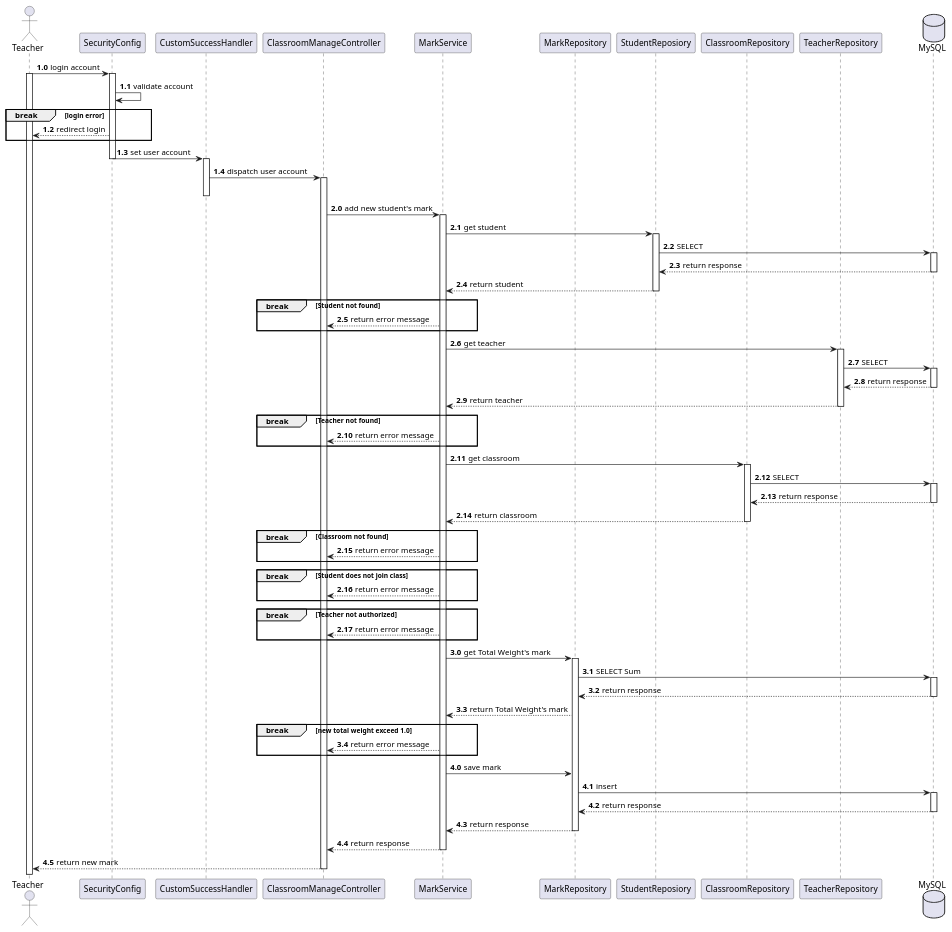
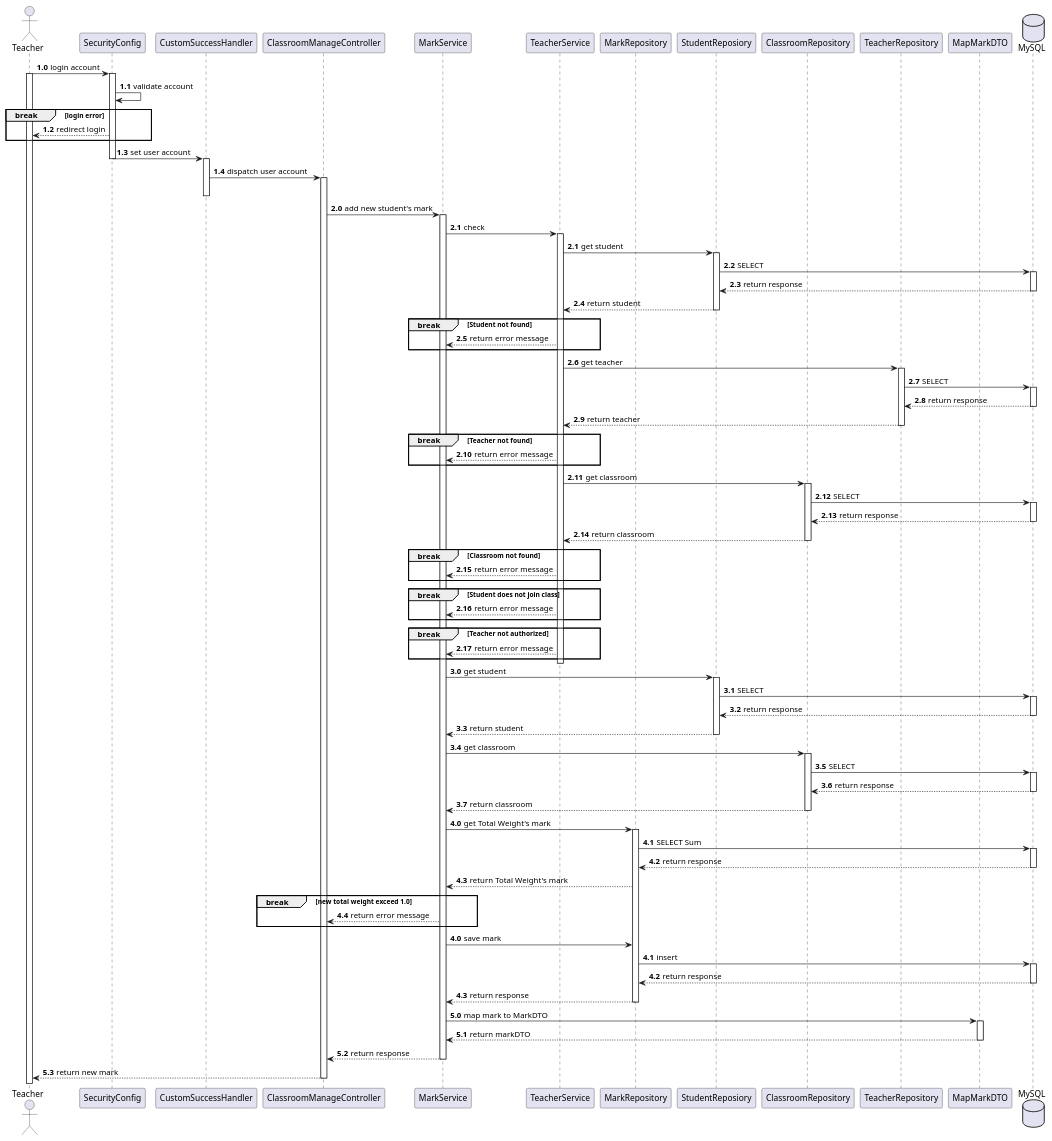
The diagram in uml/teacher/addMarkbyClassandStudent.puml (kientthe163256/student-management-fa22), drawn with PlantUML before and after one commit. The commit also changed 13 other files, not shown here.

Commit message:
getMarks + edit UML

```diff
--- a/uml/teacher/addMarkbyClassandStudent.puml
+++ b/uml/teacher/addMarkbyClassandStudent.puml
@@ -1,99 +1,130 @@
 @startuml
 Actor Teacher
 participant SecurityConfig
 participant CustomSuccessHandler
 participant ClassroomManageController
 participant MarkService
+participant TeacherService
 participant MarkRepository
 participant StudentReposiory
 participant ClassroomRepository
 participant TeacherRepository
+participant MapMarkDTO
 database MySQL
 
 autonumber 1.0
 Teacher -> SecurityConfig: login account
 
 activate Teacher
 activate SecurityConfig
 autonumber 1.1
 SecurityConfig -> SecurityConfig: validate account
 break login error
 SecurityConfig --> Teacher: redirect login
 end
 SecurityConfig -> CustomSuccessHandler: set user account
 deactivate SecurityConfig
 activate CustomSuccessHandler
 CustomSuccessHandler -> ClassroomManageController: dispatch user account
 activate ClassroomManageController
 deactivate CustomSuccessHandler
 
 autonumber 2.0
 ClassroomManageController -> MarkService: add new student's mark
 activate MarkService
+MarkService -> TeacherService: check
+activate TeacherService
 autonumber 2.1
 
-    MarkService ->StudentReposiory: get student
+    TeacherService ->StudentReposiory: get student
+                 activate StudentReposiory
+                 StudentReposiory -> MySQL: SELECT
+                 activate MySQL
+                 MySQL --> StudentReposiory: return response
+                 deactivate MySQL
+                 StudentReposiory --> TeacherService: return student
+                 deactivate StudentReposiory
+                 break Student not found
+                 TeacherService --> MarkService: return error message
+                 end
+                 TeacherService ->TeacherRepository: get teacher
+                         activate TeacherRepository
+                         TeacherRepository -> MySQL: SELECT
+                         activate MySQL
+                         MySQL --> TeacherRepository: return response
+                         deactivate MySQL
+                         TeacherRepository --> TeacherService: return teacher
+                         deactivate TeacherRepository
+                 break Teacher not found
+                 TeacherService --> MarkService: return error message
+                 end
+                 TeacherService -> ClassroomRepository: get classroom
+                         activate ClassroomRepository
+                         ClassroomRepository -> MySQL: SELECT
+                         activate MySQL
+                         MySQL --> ClassroomRepository: return response
+                         deactivate MySQL
+                         ClassroomRepository --> TeacherService: return classroom
+                         deactivate ClassroomRepository
+                 break Classroom not found
+                 TeacherService --> MarkService: return error message
+                 end
+break Student does not join class
+TeacherService --> MarkService: return error message
+end
+break Teacher not authorized
+TeacherService --> MarkService: return error message
+end
+deactivate TeacherService
+
+autonumber 3.0
+MarkService ->StudentReposiory: get student
                  activate StudentReposiory
                  StudentReposiory -> MySQL: SELECT
                  activate MySQL
                  MySQL --> StudentReposiory: return response
                  deactivate MySQL
                  StudentReposiory --> MarkService: return student
                  deactivate StudentReposiory
-                 break Student not found
-                 MarkService --> ClassroomManageController: return error message
-                 end
-                 MarkService ->TeacherRepository: get teacher
-                         activate TeacherRepository
-                         TeacherRepository -> MySQL: SELECT
-                         activate MySQL
-                         MySQL --> TeacherRepository: return response
-                         deactivate MySQL
-                         TeacherRepository --> MarkService: return teacher
-                         deactivate TeacherRepository
-                 break Teacher not found
-                 MarkService --> ClassroomManageController: return error message
-                 end
-                 MarkService -> ClassroomRepository: get classroom
+MarkService -> ClassroomRepository: get classroom
                          activate ClassroomRepository
                          ClassroomRepository -> MySQL: SELECT
                          activate MySQL
                          MySQL --> ClassroomRepository: return response
                          deactivate MySQL
                          ClassroomRepository --> MarkService: return classroom
                          deactivate ClassroomRepository
-                 break Classroom not found
-                                  MarkService --> ClassroomManageController: return error message
-                                  end
 
-break Student does not join class
-MarkService --> ClassroomManageController: return error message
-end
-break Teacher not authorized
-MarkService --> ClassroomManageController: return error message
-end
-autonumber 3.0
+
+
+autonumber 4.0
 MarkService -> MarkRepository: get Total Weight's mark
 activate MarkRepository
 MarkRepository -> MySQL: SELECT Sum
 activate MySQL
 MySQL --> MarkRepository: return response
 deactivate MySQL
 MarkRepository --> MarkService: return Total Weight's mark
 break new total weight exceed 1.0
 MarkService --> ClassroomManageController: return error message
 end
-
 autonumber 4.0
 MarkService -> MarkRepository: save mark
 MarkRepository -> MySQL: insert
 activate MySQL
 MySQL --> MarkRepository: return response
 deactivate MySQL
 MarkRepository --> MarkService: return response
 deactivate MarkRepository
+
+autonumber 5.0
+MarkService -> MapMarkDTO : map mark to MarkDTO
+activate MapMarkDTO
+MapMarkDTO --> MarkService: return markDTO
+deactivate MapMarkDTO
+
 MarkService --> ClassroomManageController: return response
 deactivate MarkService
 ClassroomManageController --> Teacher: return new mark
 deactivate ClassroomManageController
 @enduml
```
